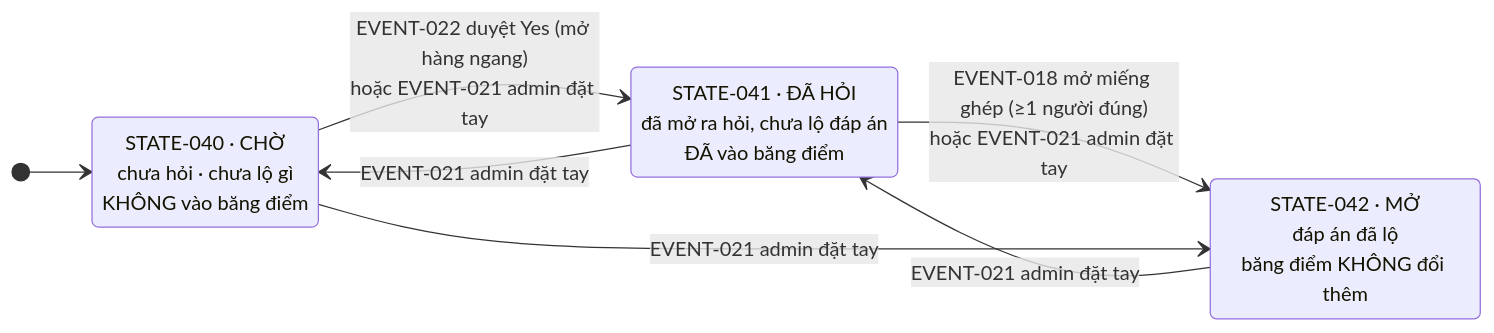
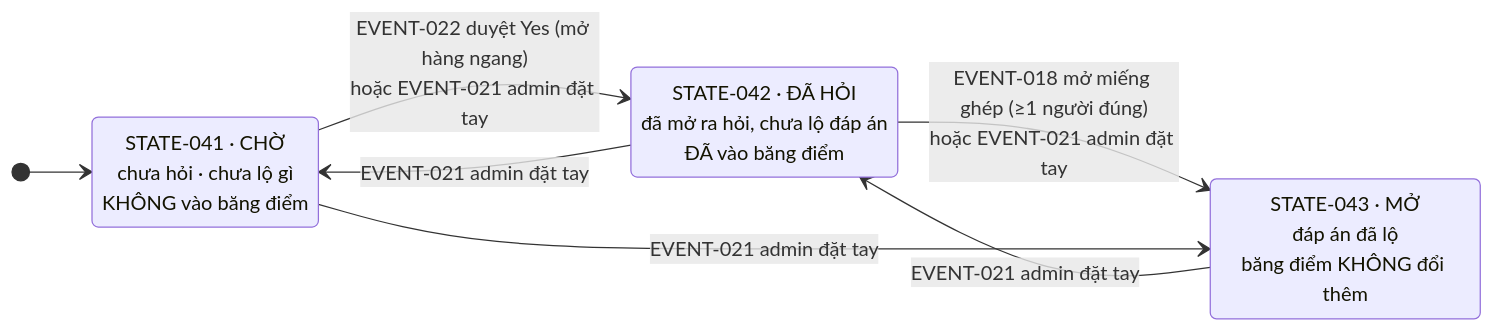
The eighth of 8 diagrams in docs/game-state-machine.md (Noboroto/KnowledgeDome), drawn with Mermaid before and after one commit. The commit also changed other lines of this file and 12 other files, not shown here.

````diff
--- a/docs/game-state-machine.md
+++ b/docs/game-state-machine.md
@@ -254,14 +255,14 @@
 ```mermaid
 stateDiagram-v2
   direction LR
-  S041: STATE-040 · CHỜ<br/>chưa hỏi · chưa lộ gì<br/>KHÔNG vào băng điểm
-  S042: STATE-041 · ĐÃ HỎI<br/>đã mở ra hỏi, chưa lộ đáp án<br/>ĐÃ vào băng điểm
-  S043: STATE-042 · MỞ<br/>đáp án đã lộ<br/>băng điểm KHÔNG đổi thêm
+  S041: STATE-041 · CHỜ<br/>chưa hỏi · chưa lộ gì<br/>KHÔNG vào băng điểm
+  S042: STATE-042 · ĐÃ HỎI<br/>đã mở ra hỏi, chưa lộ đáp án<br/>ĐÃ vào băng điểm
+  S043: STATE-043 · MỞ<br/>đáp án đã lộ<br/>băng điểm KHÔNG đổi thêm
 
   [*] --> S041
   S041 --> S042: EVENT-022 duyệt Yes (mở hàng ngang)<br/>hoặc EVENT-021 admin đặt tay
   S042 --> S043: EVENT-018 mở miếng ghép (≥1 người đúng)<br/>hoặc EVENT-021 admin đặt tay
   S043 --> S042: EVENT-021 admin đặt tay
   S042 --> S041: EVENT-021 admin đặt tay
   S041 --> S043: EVENT-021 admin đặt tay
 ```
````
